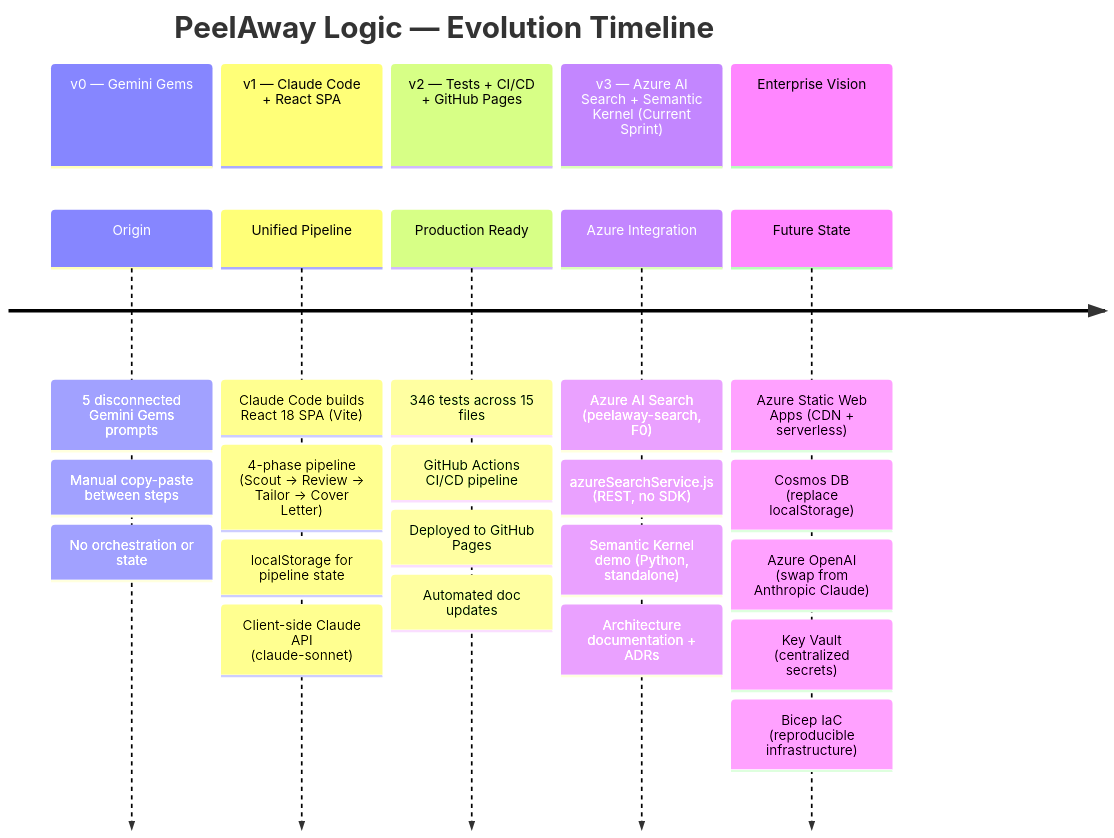
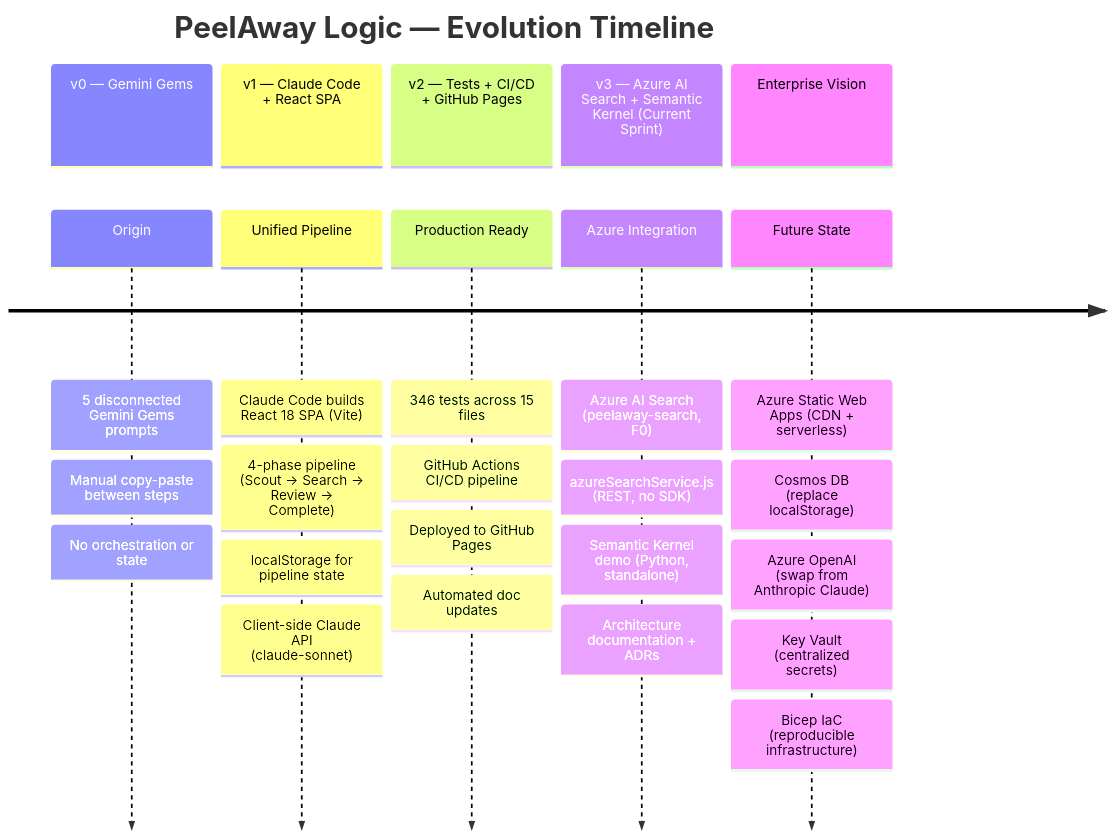
The fifth of 5 diagrams in docs/architecture/ARCHITECTURE.md (CarmenReed/PeelAway-Logic-QA), drawn with Mermaid before and after one commit. The commit also changed other lines of this file and 33 other files, not shown here.

First line of the commit message:
feat: 4-phase pipeline reskin, E2E test suite, user stories, Playwright config

````diff
--- a/docs/architecture/ARCHITECTURE.md
+++ b/docs/architecture/ARCHITECTURE.md
@@ -201,34 +194,34 @@
 ```mermaid
 timeline
     title PeelAway Logic — Evolution Timeline
 
     section v0 — Gemini Gems
         Origin : 5 disconnected Gemini Gems prompts
                : Manual copy-paste between steps
                : No orchestration or state
 
     section v1 — Claude Code + React SPA
         Unified Pipeline : Claude Code builds React 18 SPA (Vite)
-                         : 4-phase pipeline (Scout → Review → Tailor → Cover Letter)
+                         : 4-phase pipeline (Scout → Search → Review → Complete)
                          : localStorage for pipeline state
                          : Client-side Claude API (claude-sonnet)
 
     section v2 — Tests + CI/CD + GitHub Pages
         Production Ready : 346 tests across 15 files
                          : GitHub Actions CI/CD pipeline
                          : Deployed to GitHub Pages
                          : Automated doc updates
 
     section v3 — Azure AI Search + Semantic Kernel (Current Sprint)
         Azure Integration : Azure AI Search (peelaway-search, F0)
                           : azureSearchService.js (REST, no SDK)
                           : Semantic Kernel demo (Python, standalone)
                           : Architecture documentation + ADRs
 
     section Enterprise Vision
         Future State : Azure Static Web Apps (CDN + serverless)
                      : Cosmos DB (replace localStorage)
                      : Azure OpenAI (swap from Anthropic Claude)
                      : Key Vault (centralized secrets)
                      : Bicep IaC (reproducible infrastructure)
 ```
````
